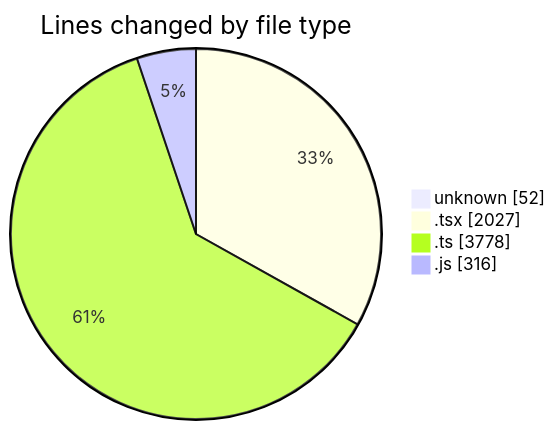
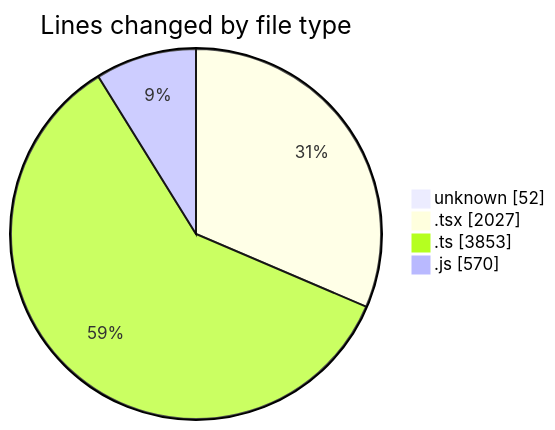
One commit to CELIANVF/code-tracking changed the first of 2 diagrams in 2025-06-02/ecodeli-1/README.md. Above: the diagram before and after it, drawn with Mermaid. The commit also changed other lines of this file and 1 other file, not shown here.

````diff
--- a/2025-06-02/ecodeli-1/README.md
+++ b/2025-06-02/ecodeli-1/README.md
@@ -53,8 +57,8 @@
 ```mermaid
 pie showData
 title Lines changed by file type
 "unknown" : 52
 ".tsx" : 2027
-".ts" : 3778
-".js" : 316
+".ts" : 3853
+".js" : 570
 ```
````
